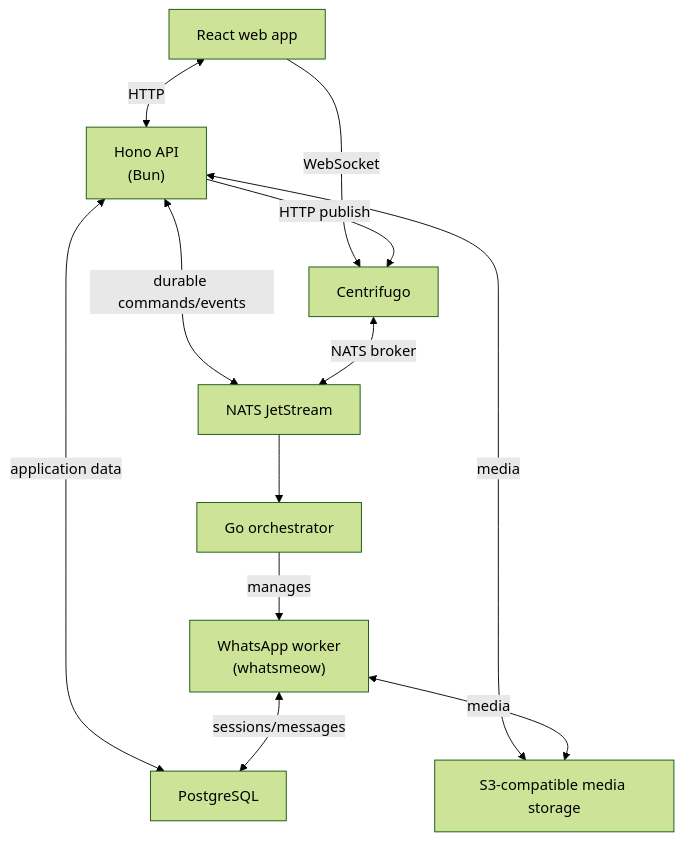
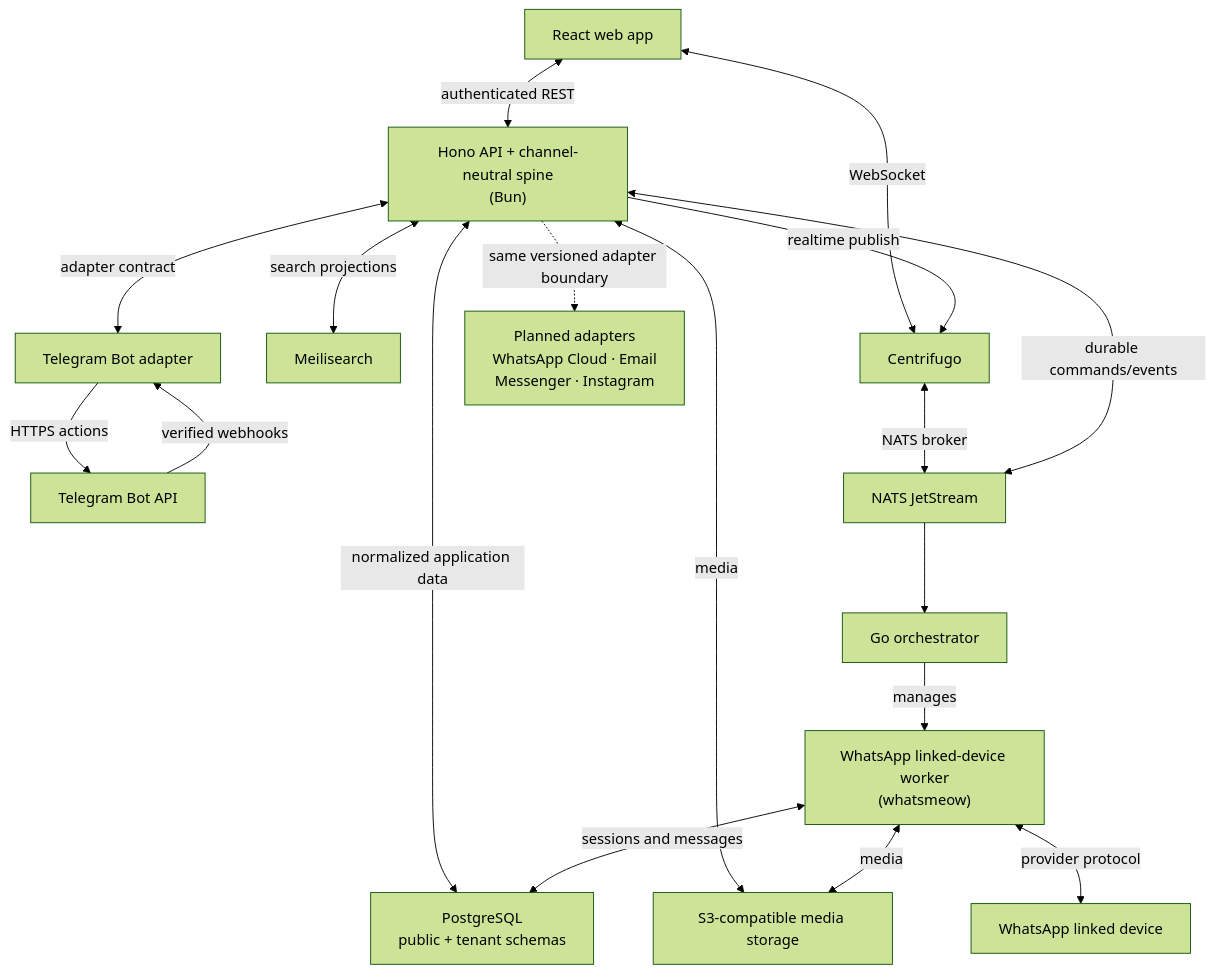
Before and after one commit to ygncode/wateaminbox: the diagram in README.md, drawn with Mermaid (forest theme). The commit also changed other lines of this file and 1 other file, not shown here.

Commit message:
docs: present the omnichannel architecture (#419)

````diff
--- a/README.md
+++ b/README.md
@@ -25,23 +42,40 @@
 ```mermaid
 flowchart TB
     web["React web app"]
-    api["Hono API<br/>(Bun)"]
+    api["Hono API + channel-neutral spine<br/>(Bun)"]
     centrifugo["Centrifugo"]
+    postgres["PostgreSQL<br/>public + tenant schemas"]
+    storage["S3-compatible media storage"]
+    search["Meilisearch"]
+
+    telegramAdapter["Telegram Bot adapter"]
+    telegram["Telegram Bot API"]
+
     nats["NATS JetStream"]
-    postgres["PostgreSQL"]
-    storage["S3-compatible media storage"]
     orchestrator["Go orchestrator"]
-    worker["WhatsApp worker<br/>(whatsmeow)"]
+    worker["WhatsApp linked-device worker<br/>(whatsmeow)"]
+    whatsapp["WhatsApp linked device"]
 
-    web <-->|HTTP| api
-    web -->|WebSocket| centrifugo
-    api -->|HTTP publish| centrifugo
+    planned["Planned adapters<br/>WhatsApp Cloud · Email<br/>Messenger · Instagram"]
+
+    web <-->|authenticated REST| api
+    web <-->|WebSocket| centrifugo
+    api -->|realtime publish| centrifugo
+    centrifugo <-->|NATS broker| nats
+    api <-->|normalized application data| postgres
+    api <-->|media| storage
+    api <-->|search projections| search
+
+    api <-->|adapter contract| telegramAdapter
+    telegram -->|verified webhooks| telegramAdapter
+    telegramAdapter -->|HTTPS actions| telegram
+
     api <-->|durable commands/events| nats
-    centrifugo <-->|NATS broker| nats
-    api <-->|application data| postgres
-    api <-->|media| storage
     nats --> orchestrator
     orchestrator -->|manages| worker
-    worker <-->|sessions/messages| postgres
+    worker <-->|sessions and messages| postgres
     worker <-->|media| storage
+    worker <-->|provider protocol| whatsapp
+
+    api -.->|same versioned adapter boundary| planned
 ```
````
